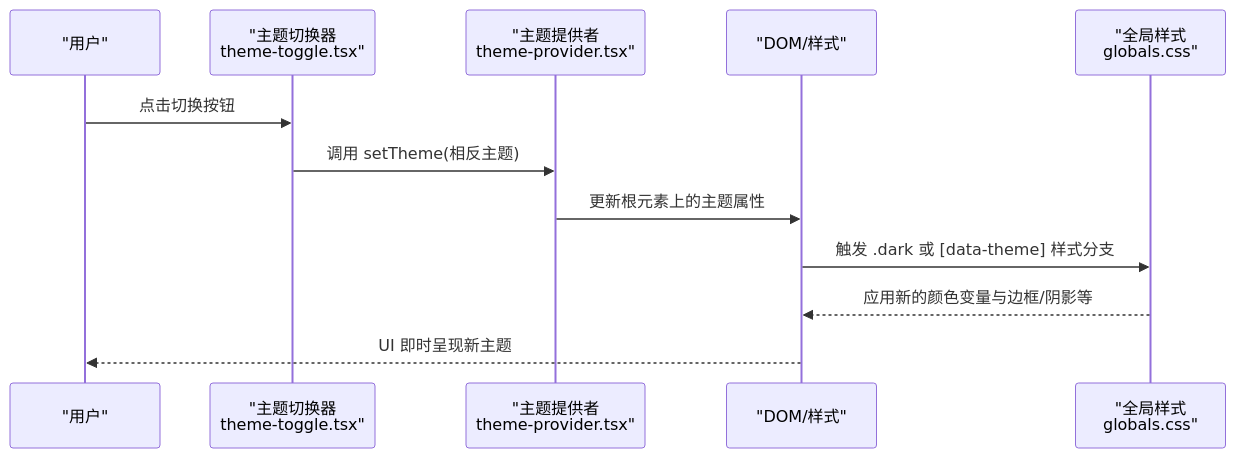
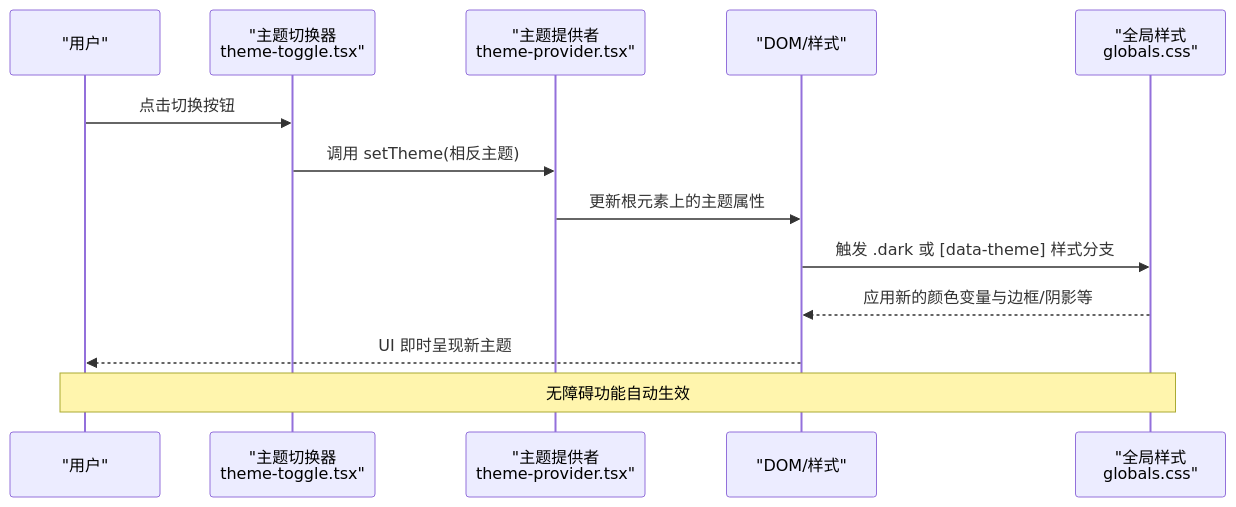
Before and after one commit to RadiumAg/image-saas: the second of 6 diagrams in .qoder/repowiki/zh/content/前端组件架构/主题系统.md, drawn with Mermaid. The commit also changed other lines of this file and 9 other files, not shown here.

````diff
--- a/.qoder/repowiki/zh/content/前端组件架构/主题系统.md
+++ b/.qoder/repowiki/zh/content/前端组件架构/主题系统.md
@@ -90,14 +119,15 @@
 ```mermaid
 sequenceDiagram
 participant U as "用户"
 participant BT as "主题切换器<br/>theme-toggle.tsx"
 participant TP as "主题提供者<br/>theme-provider.tsx"
 participant DOM as "DOM/样式"
 participant CSS as "全局样式<br/>globals.css"
 U->>BT : 点击切换按钮
 BT->>TP : 调用 setTheme(相反主题)
 TP->>DOM : 更新根元素上的主题属性
 DOM->>CSS : 触发 .dark 或 [data-theme] 样式分支
 CSS-->>DOM : 应用新的颜色变量与边框/阴影等
 DOM-->>U : UI 即时呈现新主题
+Note over U,CSS : 无障碍功能自动生效
 ```
````
